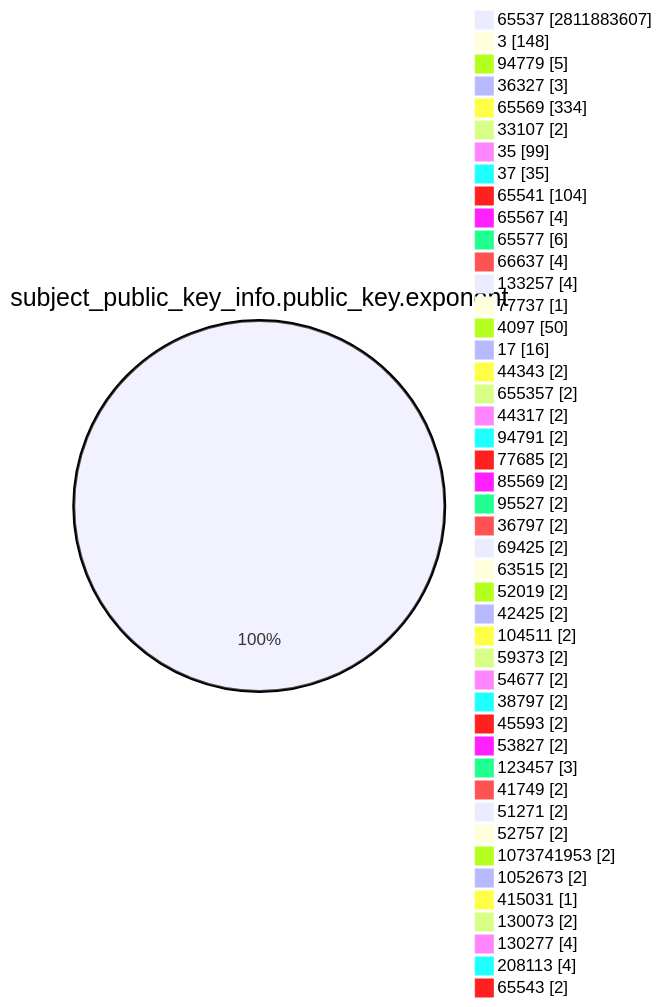
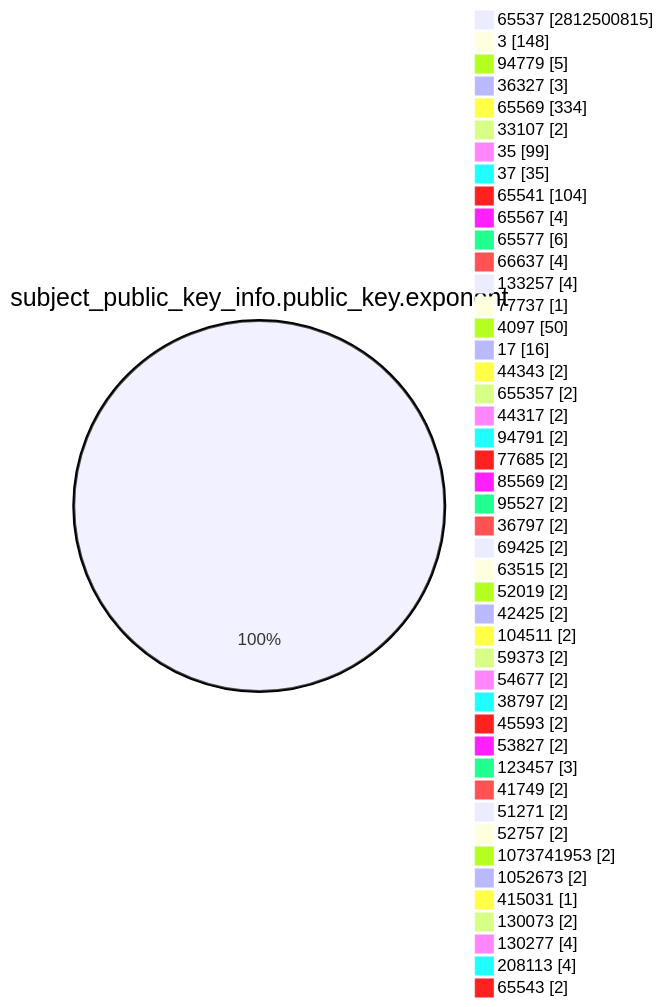
The fourth of 15 diagrams in TOTAL/README.md (christiankrug/ctmonitor_visualization), drawn with Mermaid before and after one commit. The commit also changed other lines of this file, not shown here.

````diff
--- a/TOTAL/README.md
+++ b/TOTAL/README.md
@@ -1467,49 +1467,49 @@
 ```mermaid
 pie showData
 title subject_public_key_info.public_key.exponent
-"65537" :2811883607
+"65537" :2812500815
 "3" :148
 "94779" :5
 "36327" :3
 "65569" :334
 "33107" :2
 "35" :99
 "37" :35
 "65541" :104
 "65567" :4
 "65577" :6
 "66637" :4
 "133257" :4
 "77737" :1
 "4097" :50
 "17" :16
 "44343" :2
 "655357" :2
 "44317" :2
 "94791" :2
 "77685" :2
 "85569" :2
 "95527" :2
 "36797" :2
 "69425" :2
 "63515" :2
 "52019" :2
 "42425" :2
 "104511" :2
 "59373" :2
 "54677" :2
 "38797" :2
 "45593" :2
 "53827" :2
 "123457" :3
 "41749" :2
 "51271" :2
 "52757" :2
 "1073741953" :2
 "1052673" :2
 "415031" :1
 "130073" :2
 "130277" :4
 "208113" :4
 "65543" :2
 ```
````
